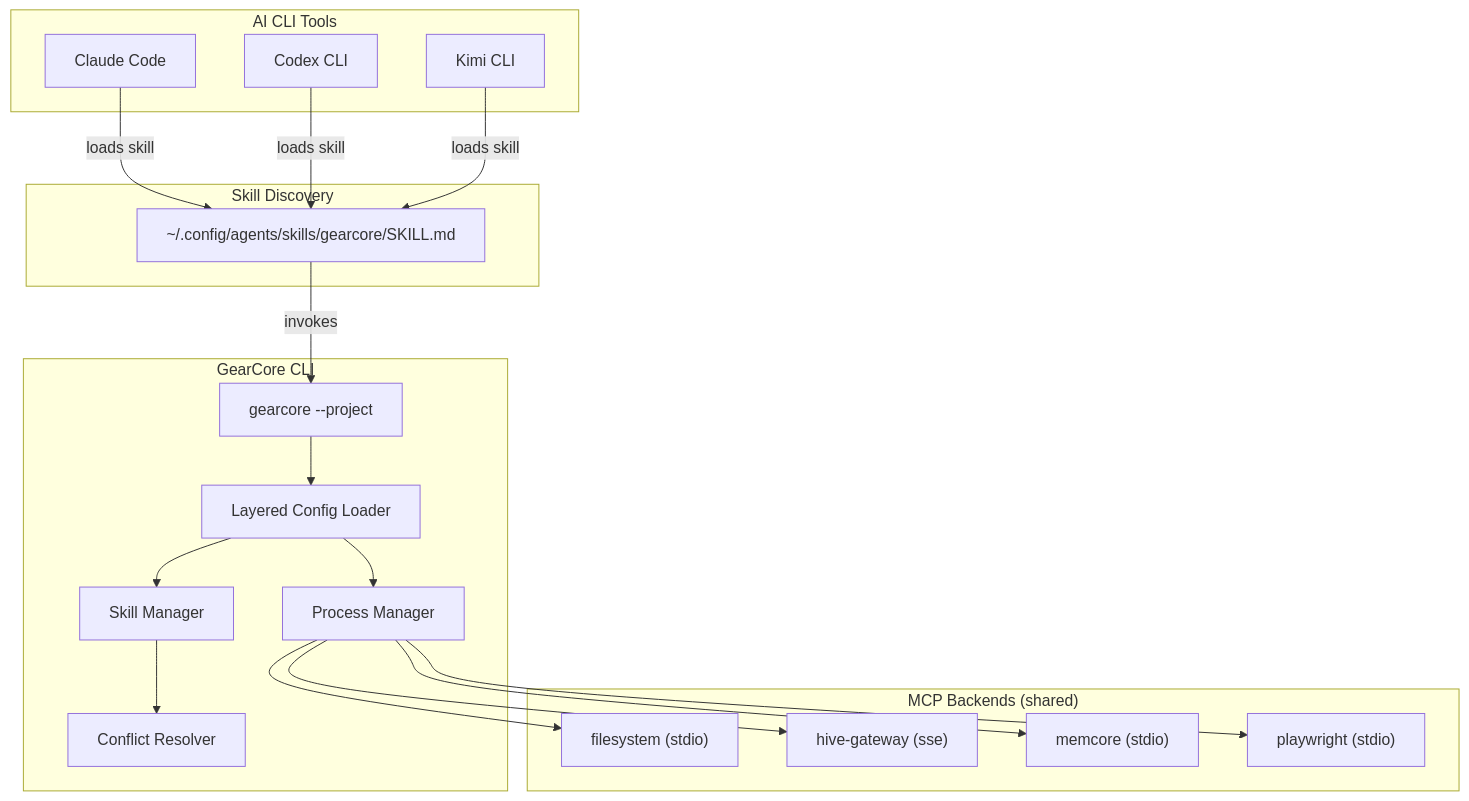
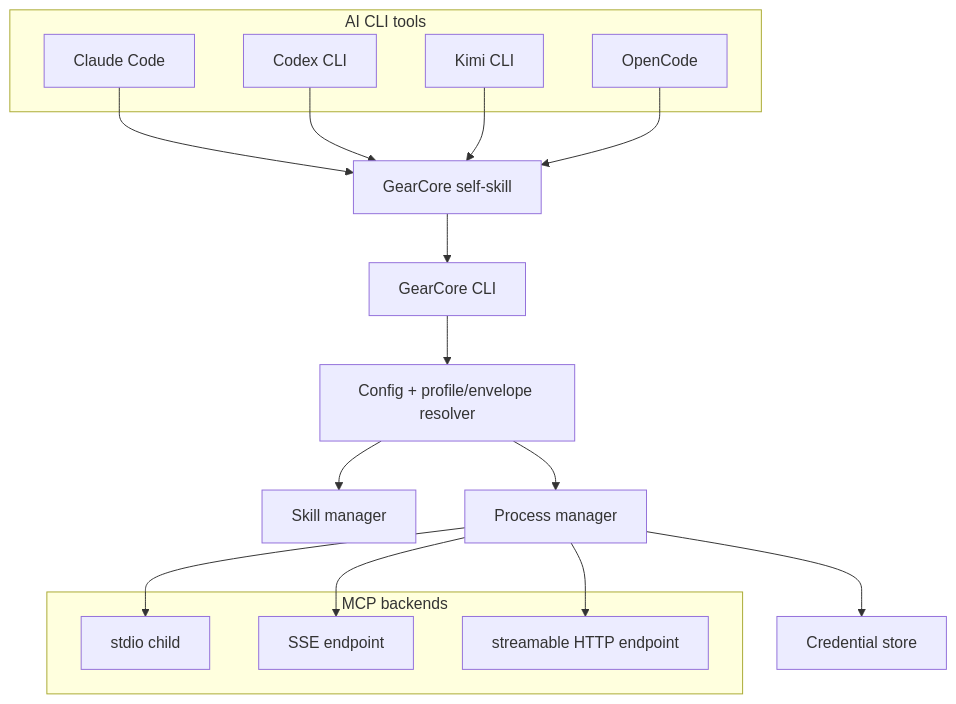
Before and after one commit to BlinkVoid/GearCore: the diagram in ARCHITECTURE.md, drawn with Mermaid. The commit also changed other lines of this file and 11 other files, not shown here.

````diff
--- a/ARCHITECTURE.md
+++ b/ARCHITECTURE.md
@@ -13,40 +16,35 @@
 ```mermaid
 graph TD
-    subgraph "AI CLI Tools"
+    subgraph "AI CLI tools"
         Claude["Claude Code"]
         Codex["Codex CLI"]
         Kimi["Kimi CLI"]
+        OpenCode["OpenCode"]
     end
 
-    subgraph "Skill Discovery"
-        SelfSkill["~/.config/agents/skills/gearcore/SKILL.md"]
+    SelfSkill["GearCore self-skill"]
+    CLI["GearCore CLI"]
+    Loader["Config + profile/envelope resolver"]
+    Skills["Skill manager"]
+    Processes["Process manager"]
+    Credentials["Credential store"]
+
+    subgraph "MCP backends"
+        Stdio["stdio child"]
+        SSE["SSE endpoint"]
+        HTTP["streamable HTTP endpoint"]
     end
 
-    subgraph "GearCore CLI"
-        CLI["gearcore --project <path>"]
-        Config["Layered Config Loader"]
-        SkillMgr["Skill Manager"]
-        ProcMgr["Process Manager"]
-        Resolver["Conflict Resolver"]
-    end
-
-    subgraph "MCP Backends (shared)"
-        FS["filesystem (stdio)"]
-        HIVE["hive-gateway (sse)"]
-        Mem["memcore (stdio)"]
-        PW["playwright (stdio)"]
-    end
-
-    Claude -->|"loads skill"| SelfSkill
-    Codex -->|"loads skill"| SelfSkill
-    Kimi -->|"loads skill"| SelfSkill
-    SelfSkill -->|"invokes"| CLI
-    CLI --> Config
-    Config --> SkillMgr
-    Config --> ProcMgr
-    ProcMgr --> FS
-    ProcMgr --> HIVE
-    ProcMgr --> Mem
-    ProcMgr --> PW
-    SkillMgr --> Resolver
+    Claude --> SelfSkill
+    Codex --> SelfSkill
+    Kimi --> SelfSkill
+    OpenCode --> SelfSkill
+    SelfSkill --> CLI
+    CLI --> Loader
+    Loader --> Skills
+    Loader --> Processes
+    Processes --> Credentials
+    Processes --> Stdio
+    Processes --> SSE
+    Processes --> HTTP
 ```
````
